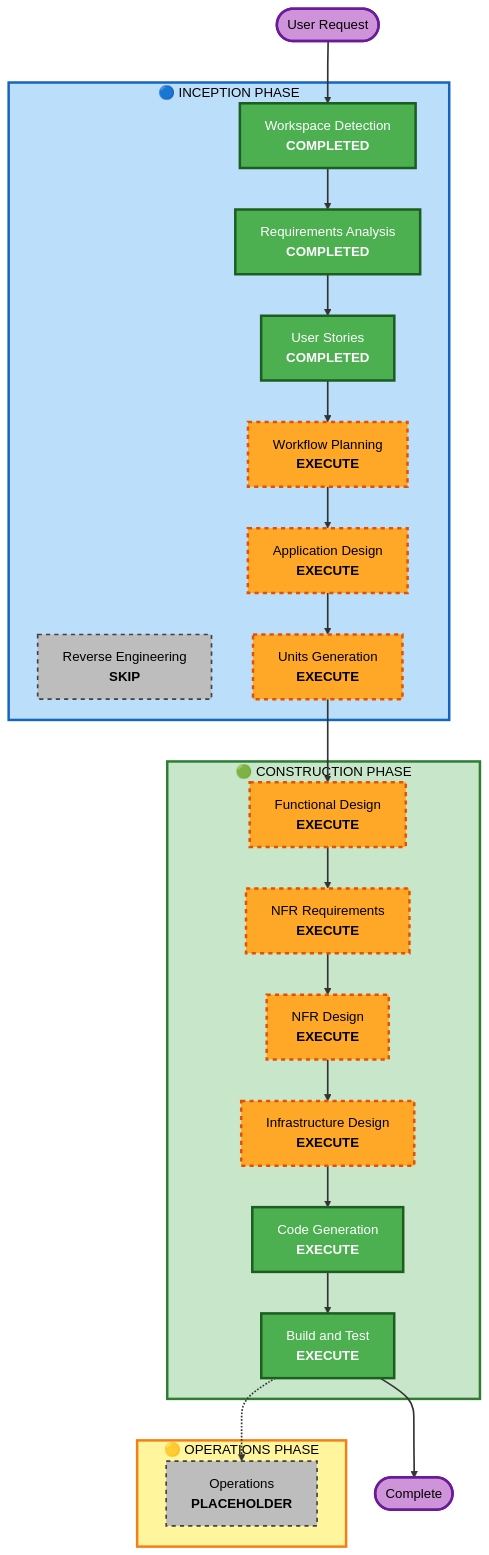
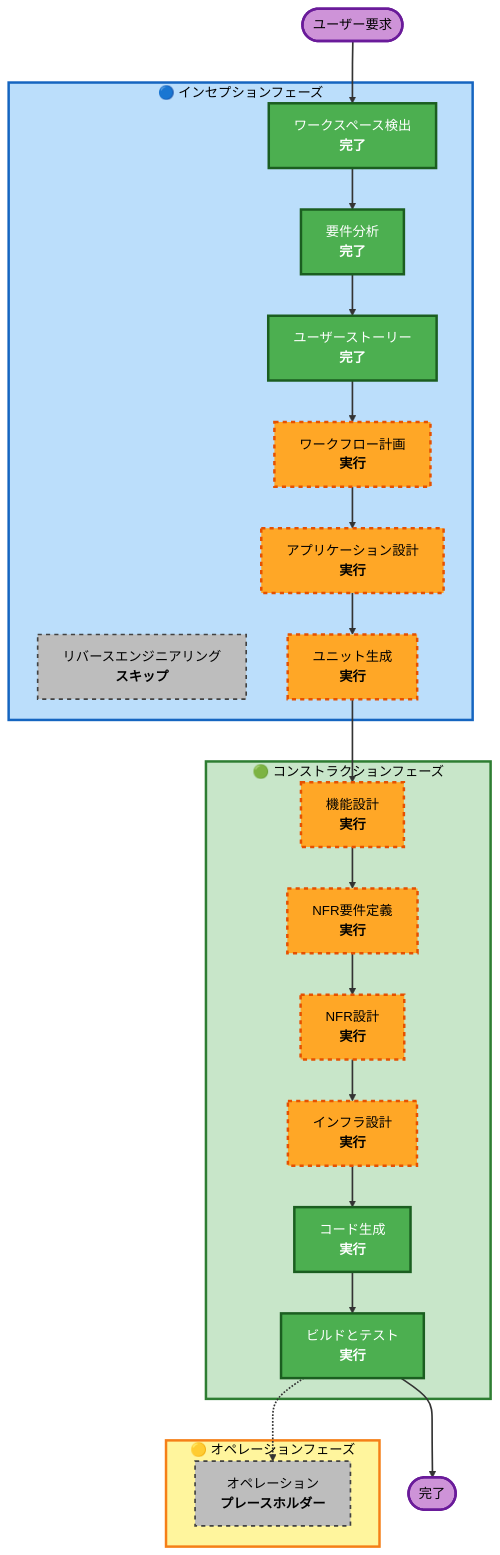
Before and after one commit to Yuidyy555/aws_Hackathon_2026: the diagram in aidlc-docs/inception/plans/execution-plan.md, drawn with Mermaid. The commit also changed other lines of this file and 8 other files, not shown here.

````diff
--- a/aidlc-docs/inception/plans/execution-plan.md
+++ b/aidlc-docs/inception/plans/execution-plan.md
@@ -24,63 +24,63 @@
 ```mermaid
 flowchart TD
-    Start(["User Request"])
+    Start(["ユーザー要求"])
 
-    subgraph INCEPTION["🔵 INCEPTION PHASE"]
-        WD["Workspace Detection<br/><b>COMPLETED</b>"]
-        RE["Reverse Engineering<br/><b>SKIP</b>"]
-        RA["Requirements Analysis<br/><b>COMPLETED</b>"]
-        US["User Stories<br/><b>COMPLETED</b>"]
-        WP["Workflow Planning<br/><b>EXECUTE</b>"]
-        AD["Application Design<br/><b>EXECUTE</b>"]
-        UG["Units Generation<br/><b>EXECUTE</b>"]
+    subgraph INCEPTION["🔵 インセプションフェーズ"]
+        WD["ワークスペース検出<br/><b>完了</b>"]
+        RE["リバースエンジニアリング<br/><b>スキップ</b>"]
+        RA["要件分析<br/><b>完了</b>"]
+        US["ユーザーストーリー<br/><b>完了</b>"]
+        WP["ワークフロー計画<br/><b>実行</b>"]
+        AD["アプリケーション設計<br/><b>実行</b>"]
+        UG["ユニット生成<br/><b>実行</b>"]
     end
 
-    subgraph CONSTRUCTION["🟢 CONSTRUCTION PHASE"]
-        FD["Functional Design<br/><b>EXECUTE</b>"]
-        NFRA["NFR Requirements<br/><b>EXECUTE</b>"]
-        NFRD["NFR Design<br/><b>EXECUTE</b>"]
-        ID["Infrastructure Design<br/><b>EXECUTE</b>"]
-        CG["Code Generation<br/><b>EXECUTE</b>"]
-        BT["Build and Test<br/><b>EXECUTE</b>"]
+    subgraph CONSTRUCTION["🟢 コンストラクションフェーズ"]
+        FD["機能設計<br/><b>実行</b>"]
+        NFRA["NFR要件定義<br/><b>実行</b>"]
+        NFRD["NFR設計<br/><b>実行</b>"]
+        ID["インフラ設計<br/><b>実行</b>"]
+        CG["コード生成<br/><b>実行</b>"]
+        BT["ビルドとテスト<br/><b>実行</b>"]
     end
 
-    subgraph OPERATIONS["🟡 OPERATIONS PHASE"]
-        OPS["Operations<br/><b>PLACEHOLDER</b>"]
+    subgraph OPERATIONS["🟡 オペレーションフェーズ"]
+        OPS["オペレーション<br/><b>プレースホルダー</b>"]
     end
 
     Start --> WD
     WD --> RA
     RA --> US
     US --> WP
     WP --> AD
     AD --> UG
     UG --> FD
     FD --> NFRA
     NFRA --> NFRD
     NFRD --> ID
     ID --> CG
     CG --> BT
-    BT --> End(["Complete"])
+    BT --> End(["完了"])
     BT -.-> OPS
 
     style WD fill:#4CAF50,stroke:#1B5E20,stroke-width:3px,color:#fff
     style RA fill:#4CAF50,stroke:#1B5E20,stroke-width:3px,color:#fff
     style US fill:#4CAF50,stroke:#1B5E20,stroke-width:3px,color:#fff
     style WP fill:#FFA726,stroke:#E65100,stroke-width:3px,stroke-dasharray: 5 5,color:#000
     style AD fill:#FFA726,stroke:#E65100,stroke-width:3px,stroke-dasharray: 5 5,color:#000
     style UG fill:#FFA726,stroke:#E65100,stroke-width:3px,stroke-dasharray: 5 5,color:#000
     style FD fill:#FFA726,stroke:#E65100,stroke-width:3px,stroke-dasharray: 5 5,color:#000
     style NFRA fill:#FFA726,stroke:#E65100,stroke-width:3px,stroke-dasharray: 5 5,color:#000
     style NFRD fill:#FFA726,stroke:#E65100,stroke-width:3px,stroke-dasharray: 5 5,color:#000
     style ID fill:#FFA726,stroke:#E65100,stroke-width:3px,stroke-dasharray: 5 5,color:#000
     style CG fill:#4CAF50,stroke:#1B5E20,stroke-width:3px,color:#fff
     style BT fill:#4CAF50,stroke:#1B5E20,stroke-width:3px,color:#fff
     style RE fill:#BDBDBD,stroke:#424242,stroke-width:2px,stroke-dasharray: 5 5,color:#000
     style OPS fill:#BDBDBD,stroke:#424242,stroke-width:2px,stroke-dasharray: 5 5,color:#000
     style INCEPTION fill:#BBDEFB,stroke:#1565C0,stroke-width:3px,color:#000
     style CONSTRUCTION fill:#C8E6C9,stroke:#2E7D32,stroke-width:3px,color:#000
     style OPERATIONS fill:#FFF59D,stroke:#F57F17,stroke-width:3px,color:#000
     style Start fill:#CE93D8,stroke:#6A1B9A,stroke-width:3px,color:#000
     style End fill:#CE93D8,stroke:#6A1B9A,stroke-width:3px,color:#000
     linkStyle default stroke:#333,stroke-width:2px
 ```
````
